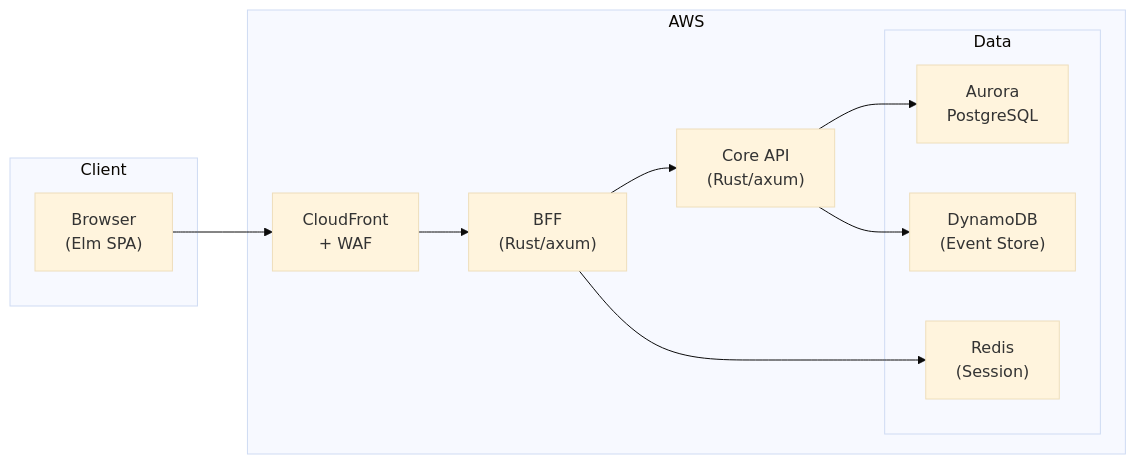
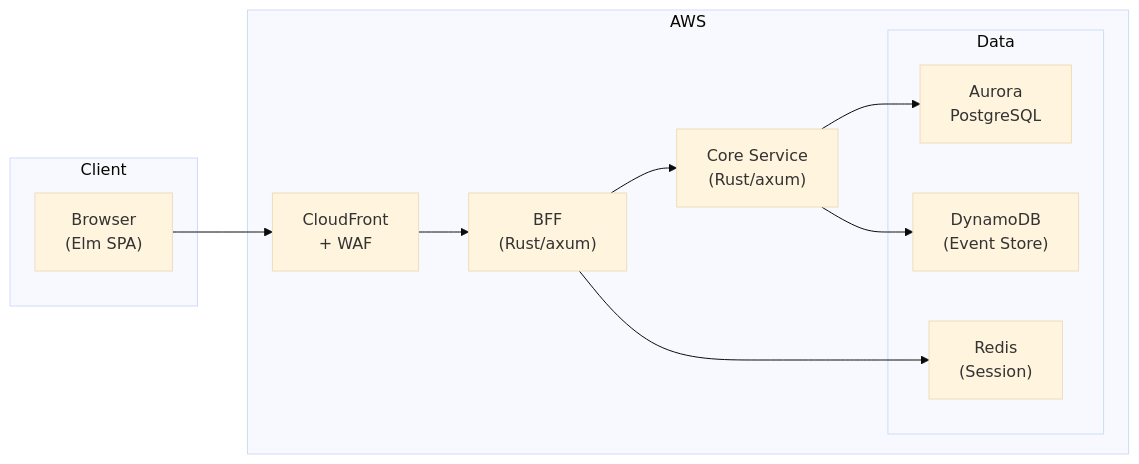
Before and after one commit to ka2kama/ringiflow: the diagram in README.md, drawn with Mermaid (base theme). The commit also changed other lines of this file and 2 other files, not shown here.

Commit message:
docs: README, CLAUDE.md, docs.md の Core API → Core Service

````diff
--- a/README.md
+++ b/README.md
@@ -55,24 +55,24 @@
 ```mermaid
 flowchart LR
     subgraph Client
         Browser["Browser\n(Elm SPA)"]
     end
 
     subgraph AWS
         CF["CloudFront\n+ WAF"]
         BFF["BFF\n(Rust/axum)"]
-        Core["Core API\n(Rust/axum)"]
+        Core["Core Service\n(Rust/axum)"]
 
         subgraph Data
             Aurora["Aurora\nPostgreSQL"]
             DynamoDB["DynamoDB\n(Event Store)"]
             Redis["Redis\n(Session)"]
         end
     end
 
     Browser --> CF --> BFF
     BFF --> Core
     BFF --> Redis
     Core --> Aurora
     Core --> DynamoDB
 ```
````
